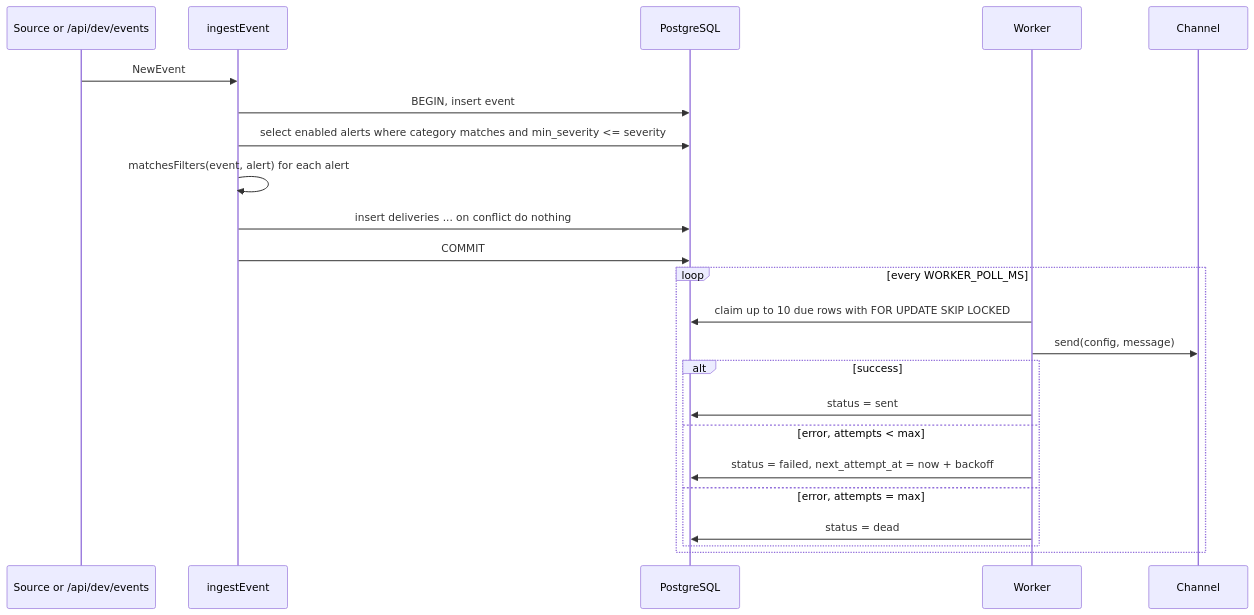
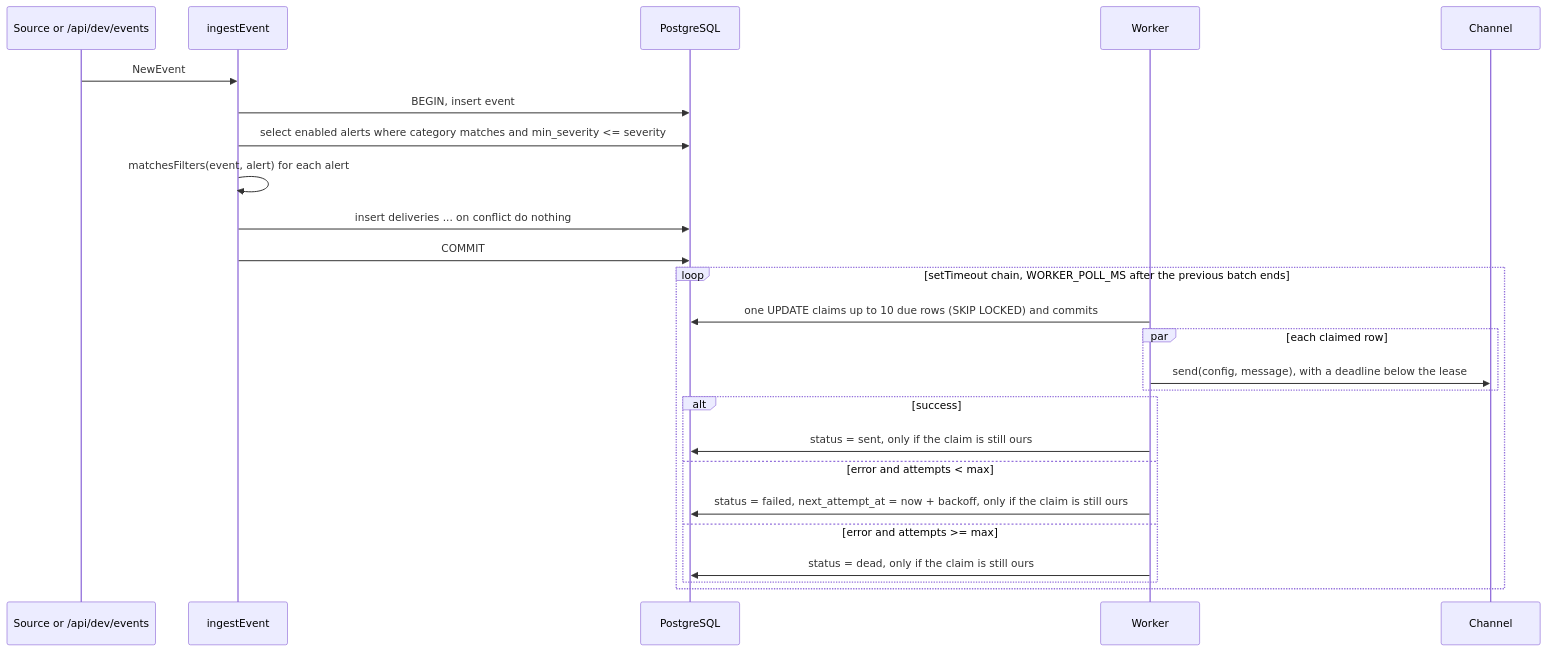
The second of 3 diagrams in docs/design.md (CuriousWizard/sonrisa-home-task), drawn with Mermaid before and after one commit. The commit also changed other lines of this file and 6 other files, not shown here.

````diff
--- a/docs/design.md
+++ b/docs/design.md
@@ -37,25 +37,27 @@
 ```mermaid
 sequenceDiagram
   participant S as Source or /api/dev/events
   participant I as ingestEvent
   participant DB as PostgreSQL
   participant W as Worker
   participant C as Channel
   S->>I: NewEvent
   I->>DB: BEGIN, insert event
   I->>DB: select enabled alerts where category matches and min_severity <= severity
   I->>I: matchesFilters(event, alert) for each alert
   I->>DB: insert deliveries ... on conflict do nothing
   I->>DB: COMMIT
-  loop every WORKER_POLL_MS
-    W->>DB: claim up to 10 due rows with FOR UPDATE SKIP LOCKED
-    W->>C: send(config, message)
+  loop setTimeout chain, WORKER_POLL_MS after the previous batch ends
+    W->>DB: one UPDATE claims up to 10 due rows (SKIP LOCKED) and commits
+    par each claimed row
+      W->>C: send(config, message), with a deadline below the lease
+    end
     alt success
-      W->>DB: status = sent
-    else error, attempts < max
-      W->>DB: status = failed, next_attempt_at = now + backoff
-    else error, attempts = max
-      W->>DB: status = dead
+      W->>DB: status = sent, only if the claim is still ours
+    else error and attempts < max
+      W->>DB: status = failed, next_attempt_at = now + backoff, only if the claim is still ours
+    else error and attempts >= max
+      W->>DB: status = dead, only if the claim is still ours
     end
   end
 ```
````
